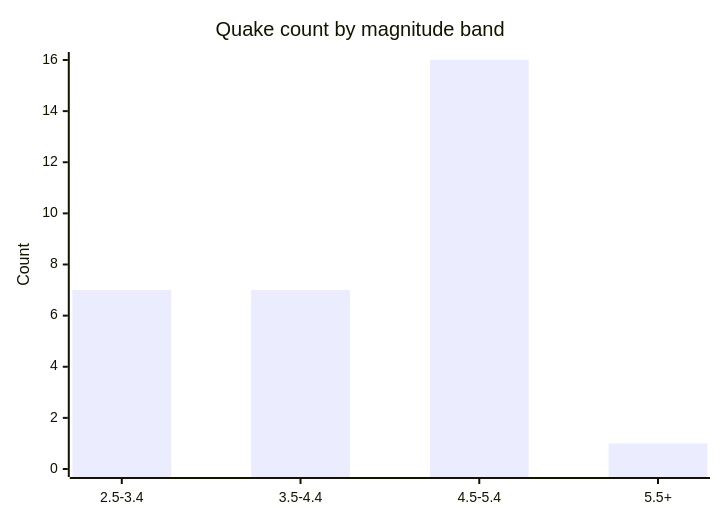
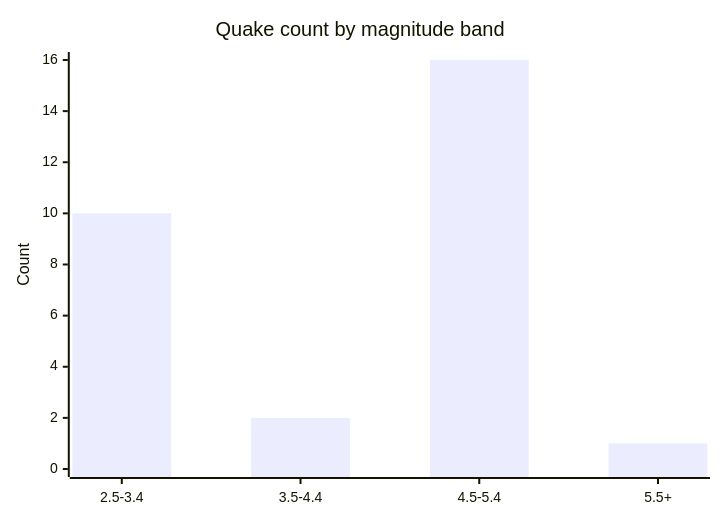
Before and after one commit to Midwest-Stratospheric/aerostratospheric-defense-gir: the fifth of 6 diagrams in docs/GRAPHS.md, drawn with Mermaid. The commit also changed other lines of this file and 26 other files, not shown here.

````diff
--- a/docs/GRAPHS.md
+++ b/docs/GRAPHS.md
@@ -82,7 +82,7 @@
 ```mermaid
 xychart-beta
   title "Quake count by magnitude band"
   x-axis ["2.5-3.4", "3.5-4.4", "4.5-5.4", "5.5+"]
   y-axis "Count" 0 --> 16
-  bar [7, 7, 16, 1]
+  bar [10, 2, 16, 1]
 ```
````
